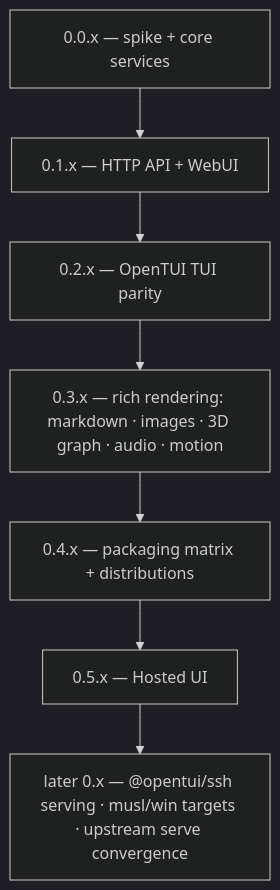
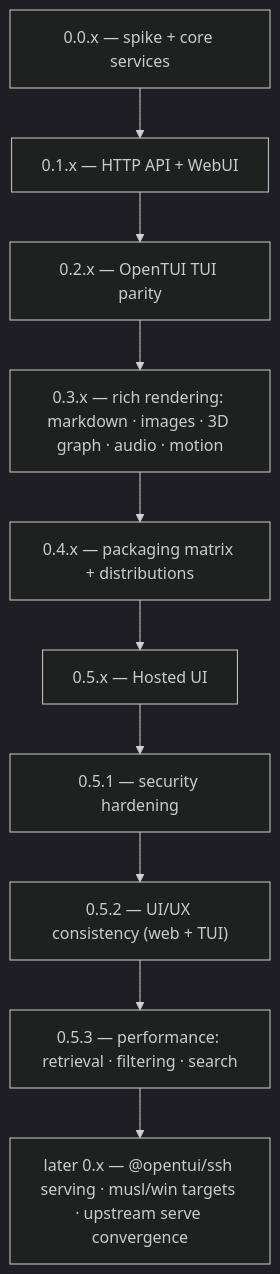
One commit to s-a-c/skills-ui changed the diagram in ROADMAP.md. Above: the diagram before and after it, drawn with Mermaid (dark theme). The commit also changed other lines of this file, not shown here.

First line of the commit message:
docs(roadmap): chart the 0.5.1-0.5.3 hardening series (S-142-S-144)

````diff
--- a/ROADMAP.md
+++ b/ROADMAP.md
@@ -5,9 +5,12 @@
 ```mermaid
 flowchart TB
   M0["0.0.x — spike + core services"] --> M1["0.1.x — HTTP API + WebUI"]
   M1 --> M2["0.2.x — OpenTUI TUI parity"]
   M2 --> M3["0.3.x — rich rendering: markdown · images · 3D graph · audio · motion"]
   M3 --> M4["0.4.x — packaging matrix + distributions"]
   M4 --> M5["0.5.x — Hosted UI"]
-  M5 --> MX["later 0.x — @opentui/ssh serving · musl/win targets · upstream serve convergence"]
+  M5 --> M5A["0.5.1 — security hardening"]
+  M5A --> M5B["0.5.2 — UI/UX consistency (web + TUI)"]
+  M5B --> M5C["0.5.3 — performance: retrieval · filtering · search"]
+  M5C --> MX["later 0.x — @opentui/ssh serving · musl/win targets · upstream serve convergence"]
 ```
````
